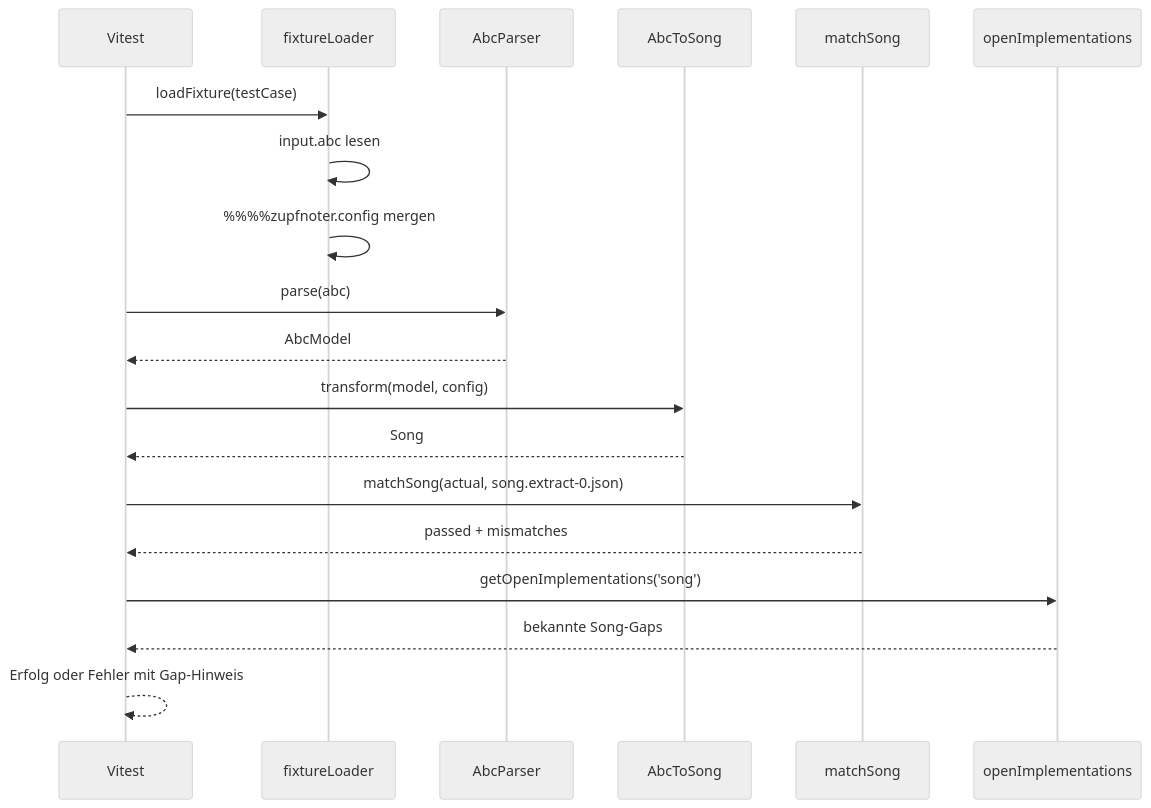
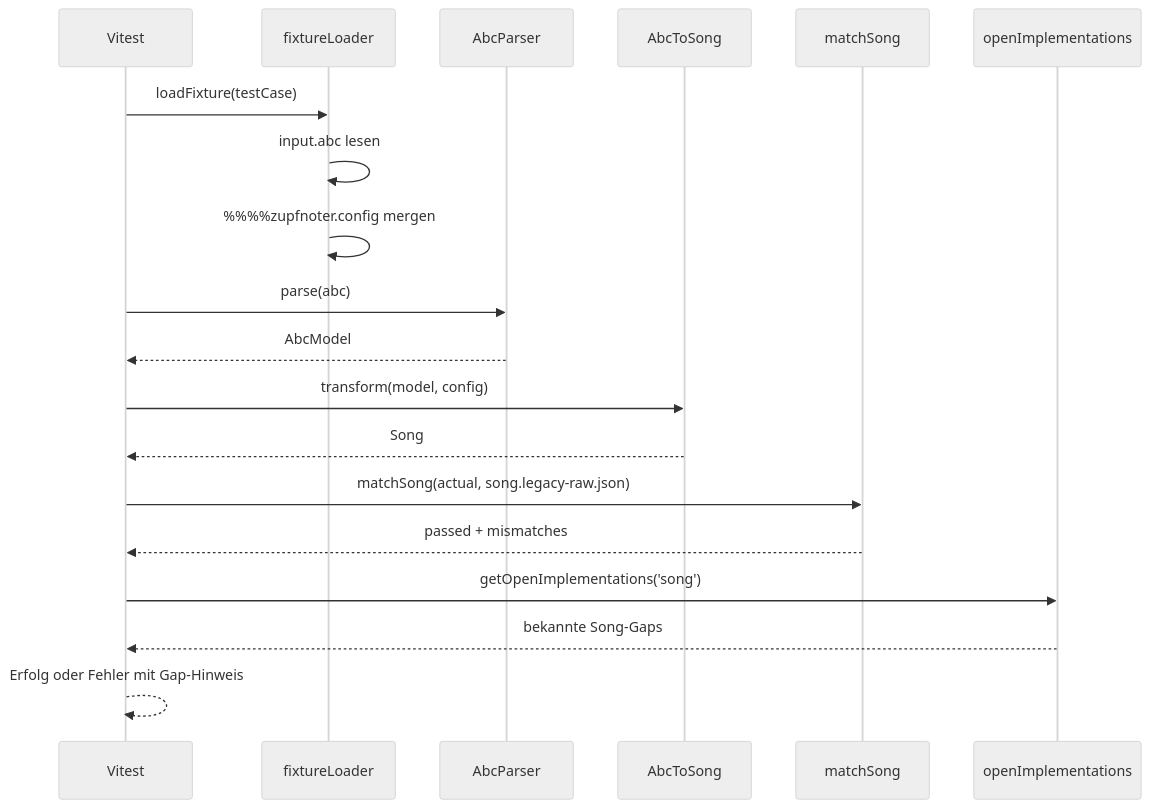
The second of 5 diagrams in docs/testing/fixture-driven-testing.md (bwl21/zupfnoter-ts), drawn with Mermaid (neutral theme) before and after one commit. The commit also changed other lines of this file and 36 other files, not shown here.

````diff
--- a/docs/testing/fixture-driven-testing.md
+++ b/docs/testing/fixture-driven-testing.md
@@ -91,22 +96,22 @@
 ```mermaid
 sequenceDiagram
   participant Vitest
   participant Loader as fixtureLoader
   participant Parser as AbcParser
   participant Song as AbcToSong
   participant Match as matchSong
   participant Gaps as openImplementations
 
   Vitest->>Loader: loadFixture(testCase)
   Loader->>Loader: input.abc lesen
   Loader->>Loader: %%%%zupfnoter.config mergen
   Vitest->>Parser: parse(abc)
   Parser-->>Vitest: AbcModel
   Vitest->>Song: transform(model, config)
   Song-->>Vitest: Song
-  Vitest->>Match: matchSong(actual, song.extract-0.json)
+  Vitest->>Match: matchSong(actual, song.legacy-raw.json)
   Match-->>Vitest: passed + mismatches
   Vitest->>Gaps: getOpenImplementations('song')
   Gaps-->>Vitest: bekannte Song-Gaps
   Vitest-->>Vitest: Erfolg oder Fehler mit Gap-Hinweis
 ```
````
